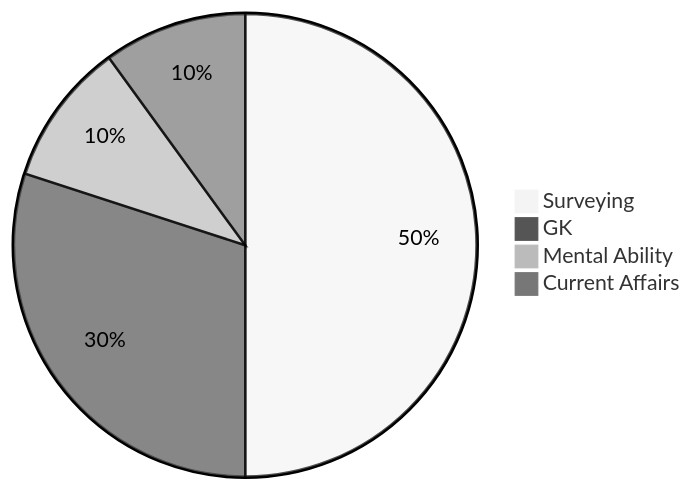
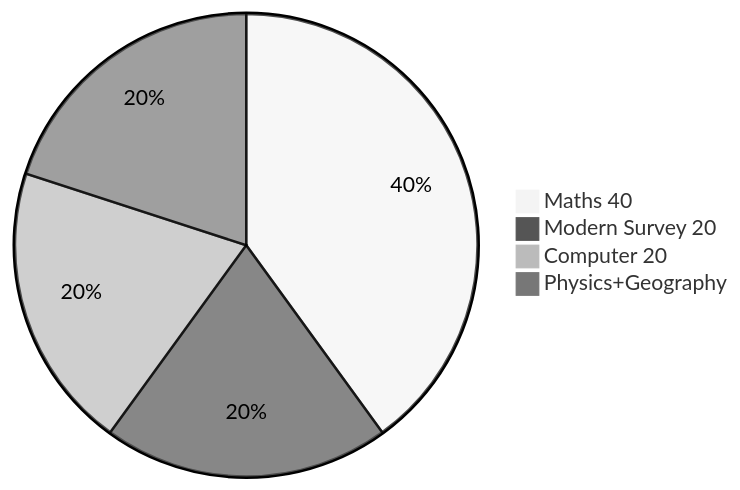
Before and after one commit to Sinister-Doc/Study_Vault: the diagram in LandSurveyor/ClaudeCode/01_Study_Plan.md, drawn with Mermaid (neutral theme). The commit also changed other lines of this file and 123 other files, not shown here.

````diff
--- a/LandSurveyor/ClaudeCode/01_Study_Plan.md
+++ b/LandSurveyor/ClaudeCode/01_Study_Plan.md
@@ -46,7 +37,7 @@
 ```mermaid
 pie
-    "Surveying":50
-    "GK":30
-    "Mental Ability":10
-    "Current Affairs":10
+    "Maths 40":40
+    "Modern Survey 20":20
+    "Computer 20":20
+    "Physics+Geography":20
 ```
````
